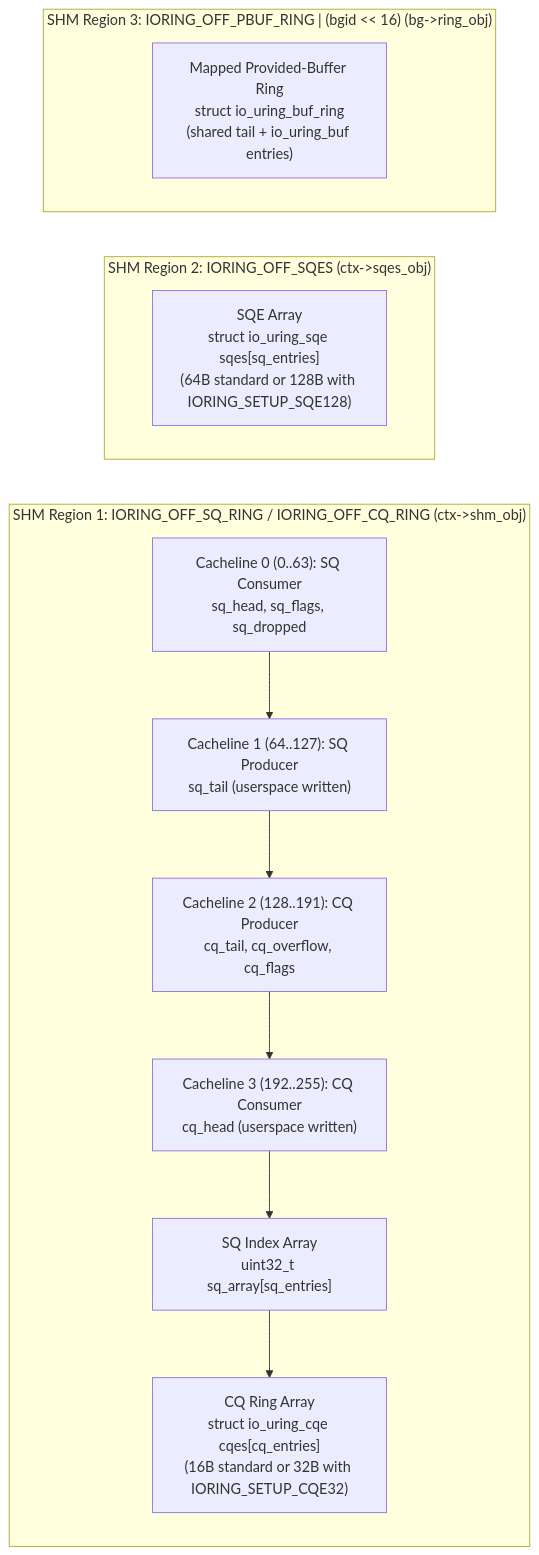
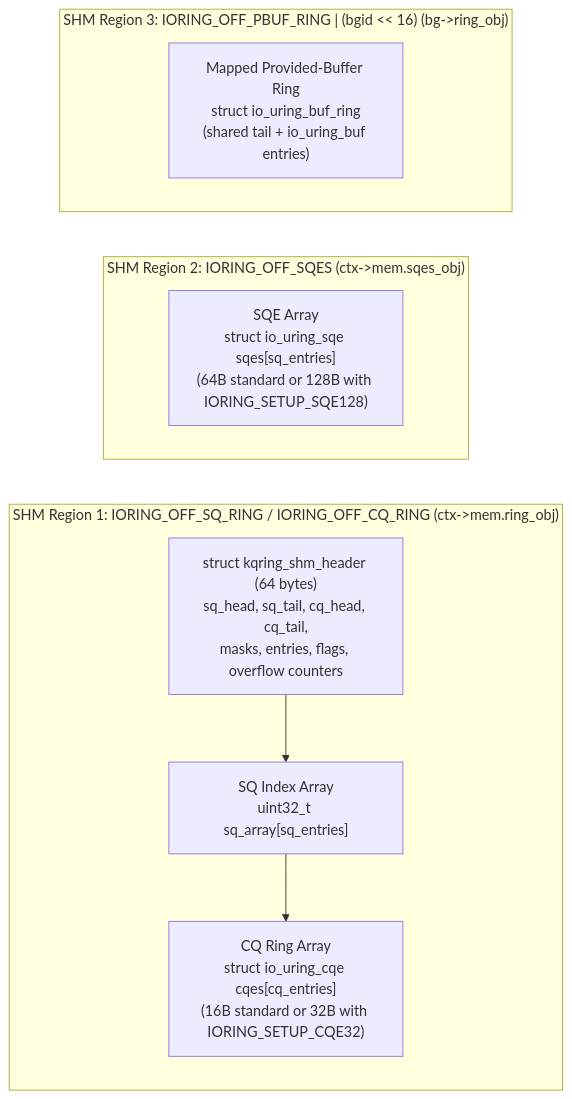
One commit to grepjava/kqring changed the second of 15 diagrams in ARCHITECTURE.MD. Above: the diagram before and after it, drawn with Mermaid. The commit also changed other lines of this file and 70 other files, not shown here.

First line of the commit message:
Docs: why kqring exists, current figures, a fuller architecture

````diff
--- a/ARCHITECTURE.MD
+++ b/ARCHITECTURE.MD
@@ -76,21 +102,18 @@
 ```mermaid
 flowchart LR
-    subgraph SHM1["SHM Region 1: IORING_OFF_SQ_RING / IORING_OFF_CQ_RING (ctx->shm_obj)"]
+    subgraph SHM1["SHM Region 1: IORING_OFF_SQ_RING / IORING_OFF_CQ_RING (ctx->mem.ring_obj)"]
         direction TB
-        H1["Cacheline 0 (0..63): SQ Consumer<br/>sq_head, sq_flags, sq_dropped"]
-        H2["Cacheline 1 (64..127): SQ Producer<br/>sq_tail (userspace written)"]
-        H3["Cacheline 2 (128..191): CQ Producer<br/>cq_tail, cq_overflow, cq_flags"]
-        H4["Cacheline 3 (192..255): CQ Consumer<br/>cq_head (userspace written)"]
+        H1["struct kqring_shm_header (64 bytes)<br/>sq_head, sq_tail, cq_head, cq_tail,<br/>masks, entries, flags, overflow counters"]
         SQA["SQ Index Array<br/>uint32_t sq_array[sq_entries]"]
         CQA["CQ Ring Array<br/>struct io_uring_cqe cqes[cq_entries]<br/>(16B standard or 32B with IORING_SETUP_CQE32)"]
-        H1 --> H2 --> H3 --> H4 --> SQA --> CQA
+        H1 --> SQA --> CQA
     end
 
-    subgraph SHM2["SHM Region 2: IORING_OFF_SQES (ctx->sqes_obj)"]
+    subgraph SHM2["SHM Region 2: IORING_OFF_SQES (ctx->mem.sqes_obj)"]
         SQES["SQE Array<br/>struct io_uring_sqe sqes[sq_entries]<br/>(64B standard or 128B with IORING_SETUP_SQE128)"]
     end
 
     subgraph SHM3["SHM Region 3: IORING_OFF_PBUF_RING | (bgid << 16) (bg->ring_obj)"]
         PBUF["Mapped Provided-Buffer Ring<br/>struct io_uring_buf_ring<br/>(shared tail + io_uring_buf entries)"]
     end
 ```
````
